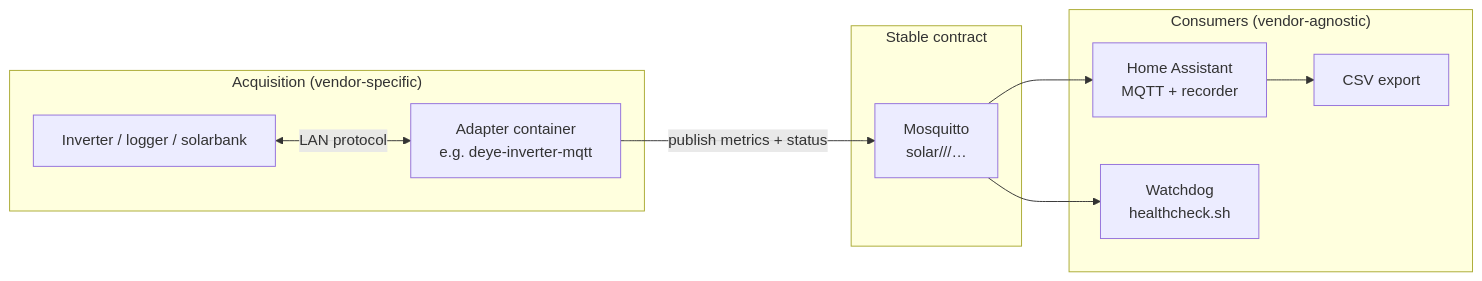
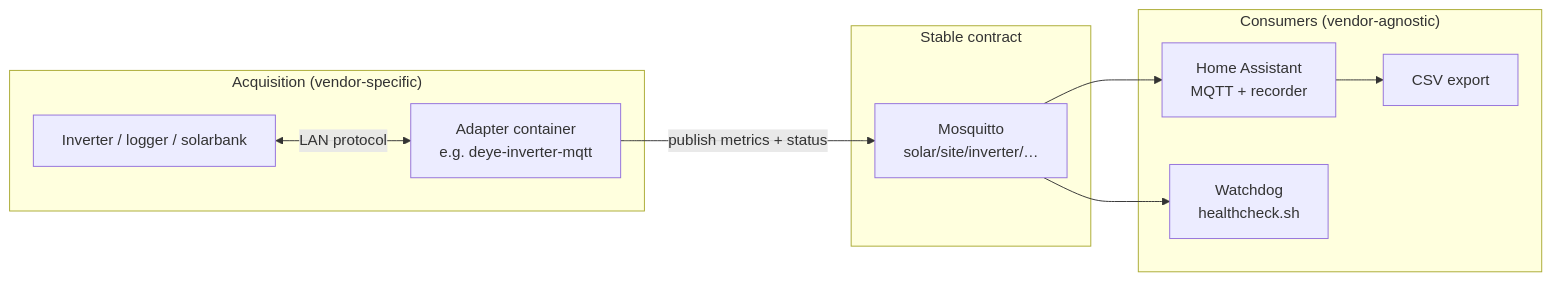
Before and after one commit to henba1/bkw_tracker: the diagram in README.md, drawn with Mermaid. The commit also changed 1 other file, not shown here.

Commit message:
(hoepfully) resolve mermaid rendering issue

````diff
--- a/README.md
+++ b/README.md
@@ -15,23 +15,23 @@
 ```mermaid
 flowchart LR
   subgraph acquisition["Acquisition (vendor-specific)"]
     HW["Inverter / logger / solarbank"]
     ADP["Adapter container\ne.g. deye-inverter-mqtt"]
     HW <-->|"LAN protocol"| ADP
   end
 
   subgraph contract["Stable contract"]
-    MQTT["Mosquitto\nsolar/<site>/<id>/…"]
+    MQTT["Mosquitto\nsolar/site/inverter/…"]
   end
 
   subgraph consumers["Consumers (vendor-agnostic)"]
     HA["Home Assistant\nMQTT + recorder"]
     EXP["CSV export"]
     HC["Watchdog\nhealthcheck.sh"]
   end
 
   ADP -->|"publish metrics + status"| MQTT
   MQTT --> HA
   MQTT --> HC
   HA --> EXP
 ```
````
